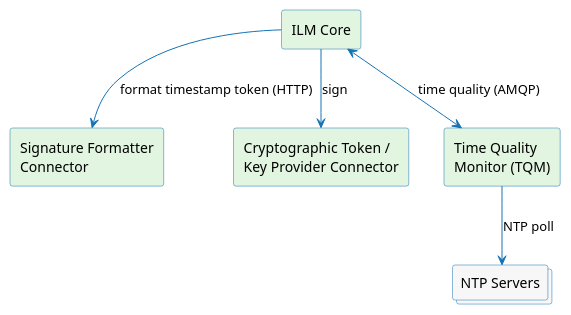
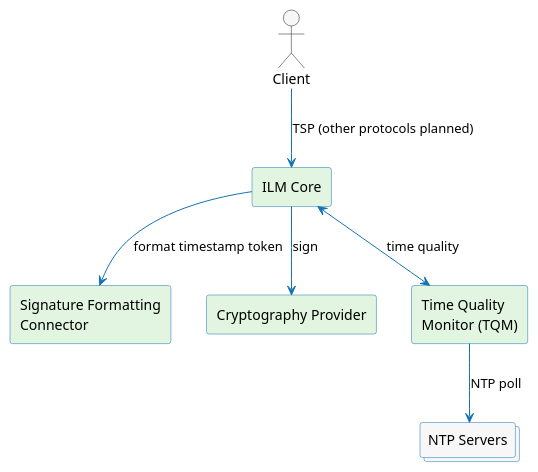
One commit to CZERTAINLY/CZERTAINLY-Documentation changed the diagram in docs/signing/timestamping/overview.md. Above: the diagram before and after it, drawn with PlantUML. The commit also changed other lines of this file and 25 other files, not shown here.

````diff
--- a/docs/signing/timestamping/overview.md
+++ b/docs/signing/timestamping/overview.md
@@ -70,21 +33,23 @@
 ```plantuml
 @startuml
 skinparam ArrowColor #1573B5
 skinparam ComponentBorderColor #1573B5
 skinparam CollectionsBorderColor #1573B5
 skinparam NoteBackgroundColor #F7F7F7
 skinparam defaultFontName sans-serif
 skinparam componentStyle rectangle
 
+actor "Client" as Client #F7F7F7
 component "ILM Core" as Core #E1F5E0
-component "Signature Formatter\nConnector" as Formatter #E1F5E0
-component "Cryptographic Token /\nKey Provider Connector" as Token #E1F5E0
+component "Signature Formatting\nConnector" as Formatter #E1F5E0
+component "Cryptography Provider" as Token #E1F5E0
 component "Time Quality\nMonitor (TQM)" as TQM #E1F5E0
 collections "NTP Servers" as NTP #F7F7F7
 
-Core -[#1573B5]-> Formatter : format timestamp token (HTTP)
+Client -[#1573B5]-> Core : TSP (other protocols planned)
+Core -[#1573B5]-> Formatter : format timestamp token
 Core -[#1573B5]-> Token : sign
-Core <-[#1573B5]-> TQM : time quality (AMQP)
+Core <-[#1573B5]-> TQM : time quality
 TQM -[#1573B5]-> NTP : NTP poll
 @enduml
 ```
````
